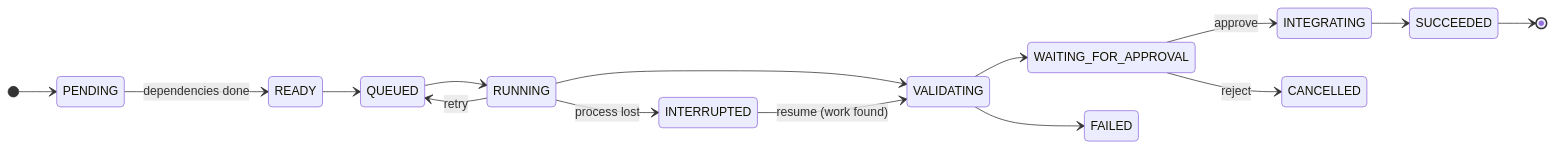
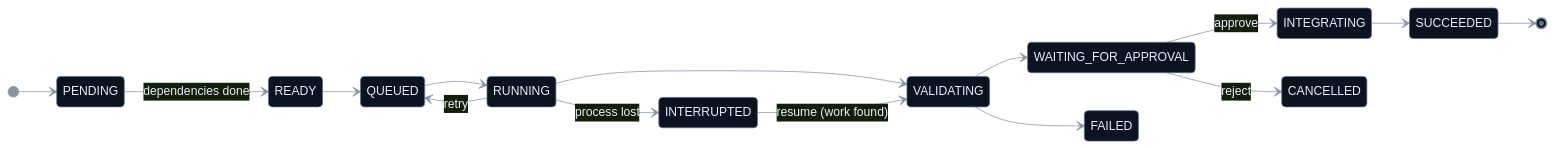
The second of 2 diagrams in README.md (yoonjae26/AgentBridge), drawn with Mermaid before and after one commit. The commit also changed other lines of this file and 3 other files, not shown here.

````diff
--- a/README.md
+++ b/README.md
@@ -169,18 +178,19 @@
 ```mermaid
+%%{init: {'theme':'base','themeVariables':{'primaryColor':'#0B1220','primaryTextColor':'#E8EDF7','primaryBorderColor':'#5E6E8C','lineColor':'#8A94A6'}}}%%
 stateDiagram-v2
     direction LR
     [*] --> PENDING
     PENDING --> READY: dependencies done
     READY --> QUEUED
     QUEUED --> RUNNING
     RUNNING --> QUEUED: retry
     RUNNING --> VALIDATING
     RUNNING --> INTERRUPTED: process lost
     VALIDATING --> WAITING_FOR_APPROVAL
     VALIDATING --> FAILED
     WAITING_FOR_APPROVAL --> INTEGRATING: approve
     WAITING_FOR_APPROVAL --> CANCELLED: reject
     INTEGRATING --> SUCCEEDED
     INTERRUPTED --> VALIDATING: resume (work found)
     SUCCEEDED --> [*]
 ```
````
